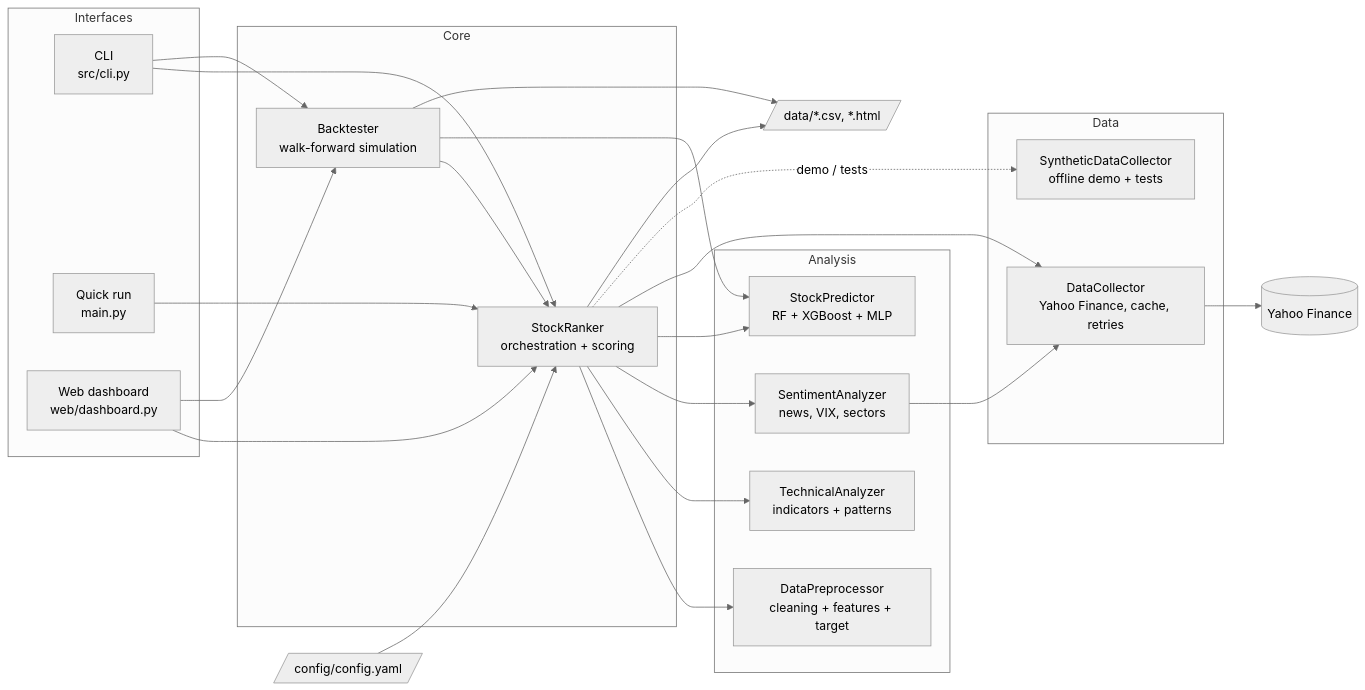
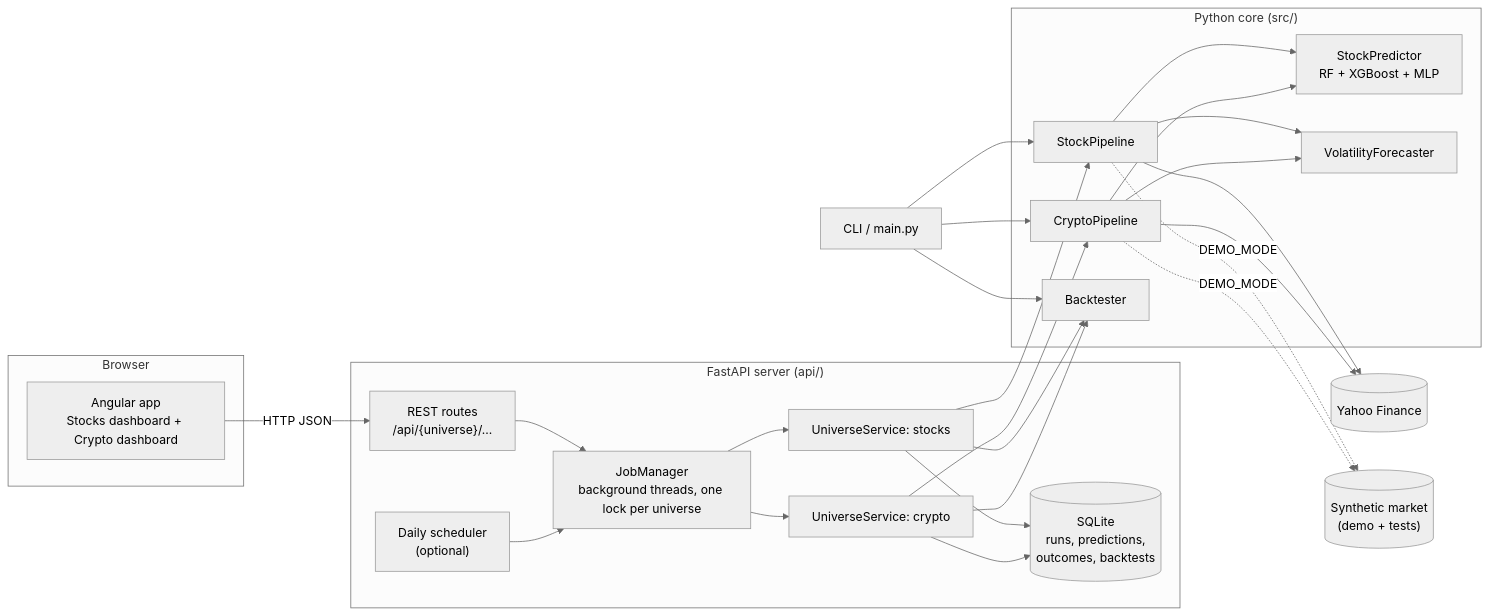
The first of 5 diagrams in docs/ARCHITECTURE.md (elyr/stock-market-predictor), drawn with Mermaid (neutral theme) before and after one commit. The commit also changed other lines of this file and 93 other files, not shown here.

````diff
--- a/docs/ARCHITECTURE.md
+++ b/docs/ARCHITECTURE.md
@@ -42,48 +55,40 @@
 ```mermaid
 flowchart LR
-    subgraph Interfaces
-        CLI["CLI<br/>src/cli.py"]
-        MAIN["Quick run<br/>main.py"]
-        WEB["Web dashboard<br/>web/dashboard.py"]
+    subgraph Browser
+        UI["Angular app<br/>Stocks dashboard + Crypto dashboard"]
     end
 
-    subgraph Core
-        RANKER["StockRanker<br/>orchestration + scoring"]
-        BT["Backtester<br/>walk-forward simulation"]
+    subgraph Server["FastAPI server (api/)"]
+        ROUTES["REST routes<br/>/api/{universe}/..."]
+        JOBS["JobManager<br/>background threads, one lock per universe"]
+        SVC_S["UniverseService: stocks"]
+        SVC_C["UniverseService: crypto"]
+        STORE[("SQLite<br/>runs, predictions,<br/>outcomes, backtests")]
+        SCHED["Daily scheduler<br/>(optional)"]
     end
 
-    subgraph Analysis
-        PRE["DataPreprocessor<br/>cleaning + features + target"]
-        TA["TechnicalAnalyzer<br/>indicators + patterns"]
-        SENT["SentimentAnalyzer<br/>news, VIX, sectors"]
+    subgraph Core["Python core (src/)"]
+        SP["StockPipeline"]
+        CP["CryptoPipeline"]
+        BT["Backtester"]
         ML["StockPredictor<br/>RF + XGBoost + MLP"]
+        VOL["VolatilityForecaster"]
     end
 
-    subgraph Data
-        COL["DataCollector<br/>Yahoo Finance, cache, retries"]
-        SYN["SyntheticDataCollector<br/>offline demo + tests"]
-    end
+    CLI["CLI / main.py"]
+    YF[("Yahoo Finance")]
+    SYN[("Synthetic market<br/>(demo + tests)")]
 
-    YF[("Yahoo Finance")]
-    CFG[/"config/config.yaml"/]
-    OUT[/"data/*.csv, *.html"/]
-
-    CLI --> RANKER
-    CLI --> BT
-    MAIN --> RANKER
-    WEB --> RANKER
-    WEB --> BT
-    BT --> RANKER
-    RANKER --> PRE
-    RANKER --> TA
-    RANKER --> SENT
-    RANKER --> ML
-    BT --> ML
-    RANKER --> COL
-    RANKER -.->|"demo / tests"| SYN
-    SENT --> COL
-    COL --> YF
-    CFG --> RANKER
-    RANKER --> OUT
-    BT --> OUT
+    UI -->|HTTP JSON| ROUTES
+    ROUTES --> JOBS
+    JOBS --> SVC_S & SVC_C
+    SCHED --> JOBS
+    SVC_S --> SP
+    SVC_C --> CP
+    SVC_S & SVC_C --> BT
+    SVC_S & SVC_C --> STORE
+    SP & CP --> ML & VOL
+    SP & CP --> YF
+    SP & CP -.->|DEMO_MODE| SYN
+    CLI --> SP & CP & BT
 ```
````
